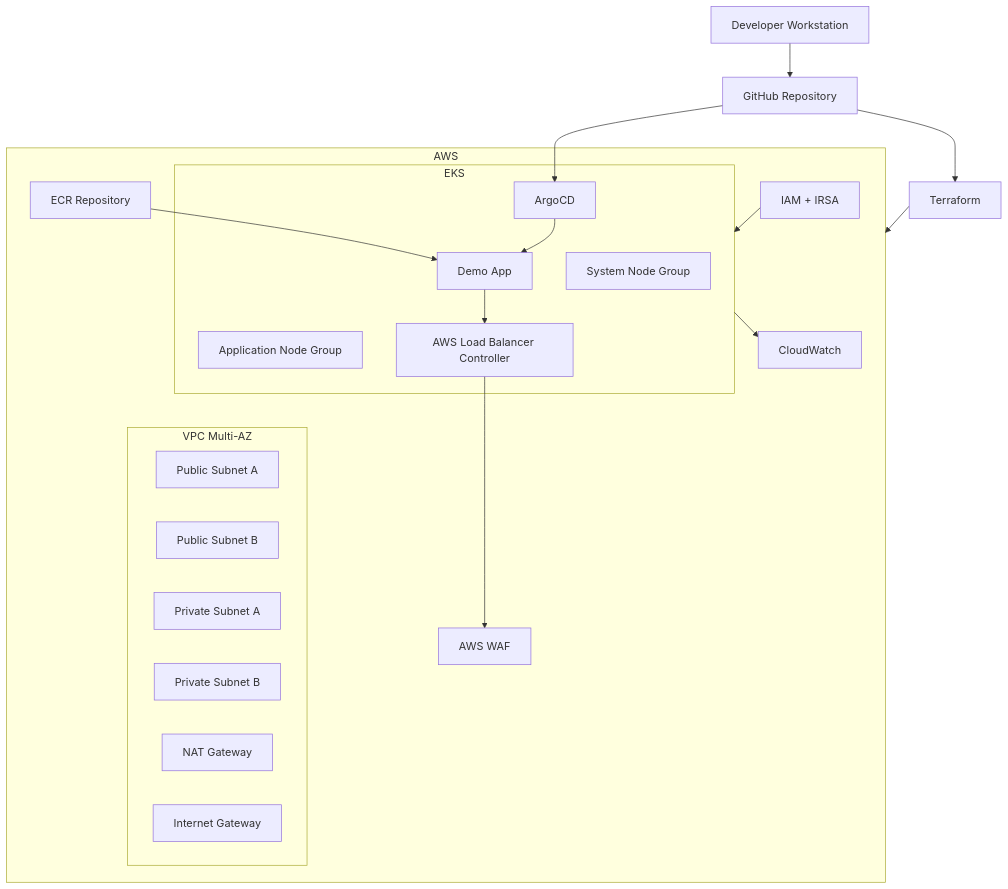
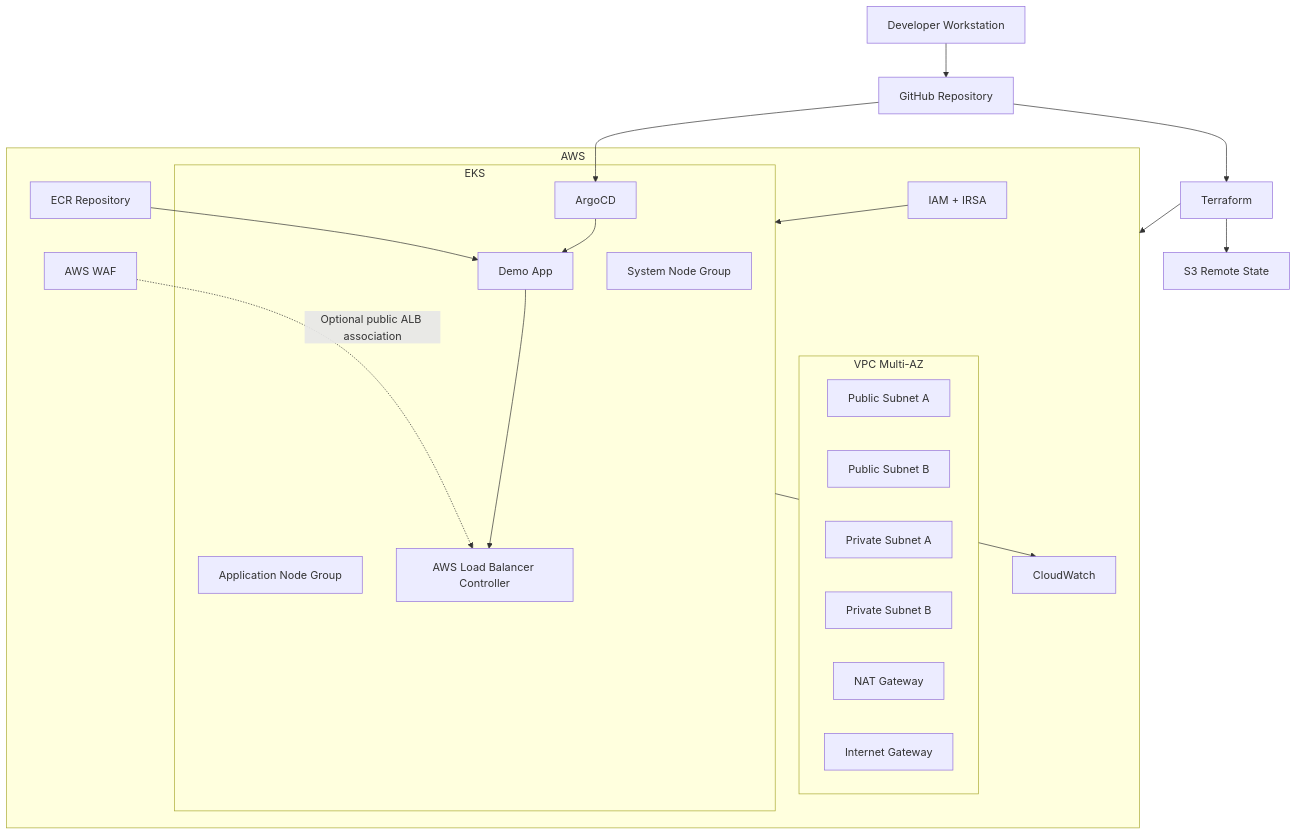
The diagram in diagrams/architecture.mmd (Emanuelgm1998/kubernetes-project), drawn with Mermaid before and after one commit. The commit also changed 38 other files, not shown here.

```diff
--- a/diagrams/architecture.mmd
+++ b/diagrams/architecture.mmd
@@ -1,38 +1,39 @@
 flowchart TD
   Dev[Developer Workstation] --> GitHub[GitHub Repository]
   GitHub --> TF[Terraform]
+  TF --> State[S3 Remote State]
   TF --> AWS[AWS Account]
 
   subgraph AWS[AWS]
     VPC[VPC]
     ECR[ECR Repository]
     EKS[EKS Cluster]
     WAF[AWS WAF]
     CW[CloudWatch]
     IAM[IAM + IRSA]
   end
 
   subgraph VPC[VPC Multi-AZ]
     PubA[Public Subnet A]
     PubB[Public Subnet B]
     PrivA[Private Subnet A]
     PrivB[Private Subnet B]
     NAT[NAT Gateway]
     IGW[Internet Gateway]
   end
 
   subgraph EKS[EKS]
     SystemNG[System Node Group]
     AppNG[Application Node Group]
     ArgoCD[ArgoCD]
     LBC[AWS Load Balancer Controller]
     App[Demo App]
   end
 
   GitHub --> ArgoCD
   ArgoCD --> App
   ECR --> App
   App --> LBC
-  LBC --> WAF
+  WAF -. Optional public ALB association .-> LBC
   EKS --> CW
   IAM --> EKS
```
